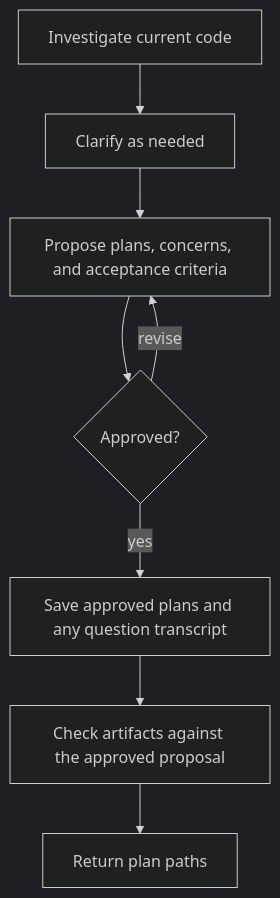
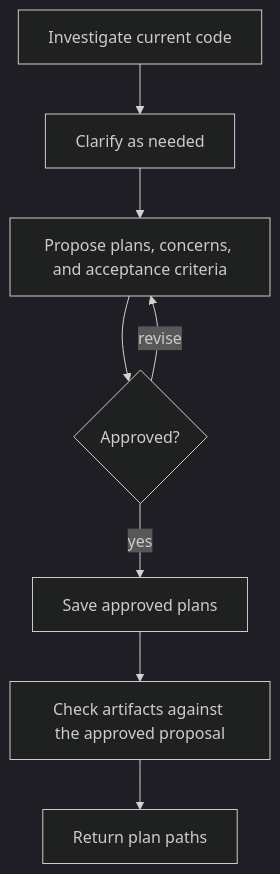
Before and after one commit to mrStorrs/dreamers-copilot: the diagram in .github/skills/dreamers-plan/readme.md, drawn with Mermaid (dark theme). The commit also changed other lines of this file and 15 other files, not shown here.

````diff
--- a/.github/skills/dreamers-plan/readme.md
+++ b/.github/skills/dreamers-plan/readme.md
@@ -5,10 +5,10 @@
 ```mermaid
 flowchart TD
     I[Investigate current code] --> Q[Clarify as needed]
     Q --> P[Propose plans, concerns, and acceptance criteria]
     P --> A{Approved?}
     A -->|revise| P
-    A -->|yes| W[Save approved plans and any question transcript]
+    A -->|yes| W[Save approved plans]
     W --> C[Check artifacts against the approved proposal]
     C --> E[Return plan paths]
 ```
````
